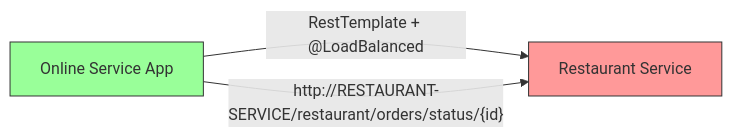
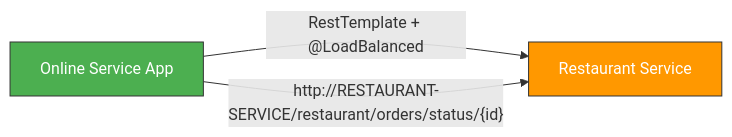
One commit to sawmikcuet19/auth-microservices changed the fifth of 11 diagrams in README.md. Above: the diagram before and after it, drawn with Mermaid. The commit also changed other lines of this file, not shown here.

First line of the commit message:
Fix README mermaid diagram colors for better readability

````diff
--- a/README.md
+++ b/README.md
@@ -200,8 +222,8 @@
 ```mermaid
 graph LR
     O[Online Service App] -->|RestTemplate + @LoadBalanced| R[Restaurant Service]
     O -->|"http://RESTAURANT-SERVICE/restaurant/orders/status/{id}"| R
 
-    style O fill:#9f9,stroke:#333
-    style R fill:#f99,stroke:#333
+    style O fill:#4CAF50,stroke:#333,color:#fff
+    style R fill:#FF9800,stroke:#333,color:#fff
 ```
````
